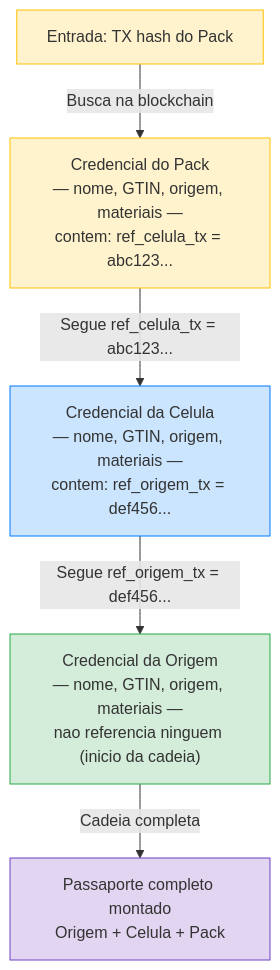
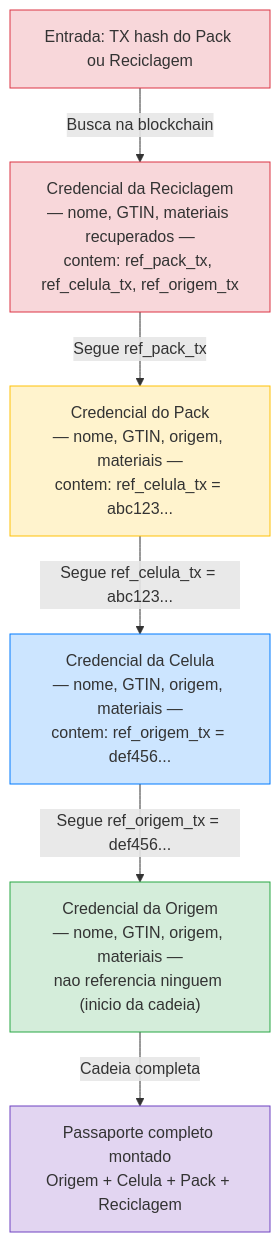
The fourth of 6 diagrams in arquitetura-dpp.md (darlisagc/cardano-battery-passport), drawn with Mermaid before and after one commit. The commit also changed other lines of this file, not shown here.

Commit message:
Add reciclagem to verificador diagrams in arquitetura-dpp
Both the flowchart and step-by-step diagrams now include the
reciclagem actor, matching the current verificador behavior.

````diff
--- a/arquitetura-dpp.md
+++ b/arquitetura-dpp.md
@@ -241,19 +244,22 @@
 ```mermaid
 flowchart TB
-    START["Entrada: TX hash do Pack"]
+    START["Entrada: TX hash do Pack ou Reciclagem"]
+    RECICL["Credencial da Reciclagem\n— nome, GTIN, materiais recuperados —\ncontem: ref_pack_tx, ref_celula_tx, ref_origem_tx"]
     PACK["Credencial do Pack\n— nome, GTIN, origem, materiais —\ncontem: ref_celula_tx = abc123..."]
     CELULA["Credencial da Celula\n— nome, GTIN, origem, materiais —\ncontem: ref_origem_tx = def456..."]
     ORIGEM["Credencial da Origem\n— nome, GTIN, origem, materiais —\nnao referencia ninguem (inicio da cadeia)"]
-    FIM["Passaporte completo montado\nOrigem + Celula + Pack"]
+    FIM["Passaporte completo montado\nOrigem + Celula + Pack + Reciclagem"]
 
-    START -- "Busca na blockchain" --> PACK
+    START -- "Busca na blockchain" --> RECICL
+    RECICL -- "Segue ref_pack_tx" --> PACK
     PACK -- "Segue ref_celula_tx = abc123..." --> CELULA
     CELULA -- "Segue ref_origem_tx = def456..." --> ORIGEM
     ORIGEM -- "Cadeia completa" --> FIM
 
-    style START fill:#fff3cd,stroke:#ffc107
+    style START fill:#f8d7da,stroke:#dc3545
+    style RECICL fill:#f8d7da,stroke:#dc3545
     style PACK fill:#fff3cd,stroke:#ffc107
     style CELULA fill:#cce5ff,stroke:#007bff
     style ORIGEM fill:#d4edda,stroke:#28a745
     style FIM fill:#e2d5f1,stroke:#6f42c1
 ```
````
